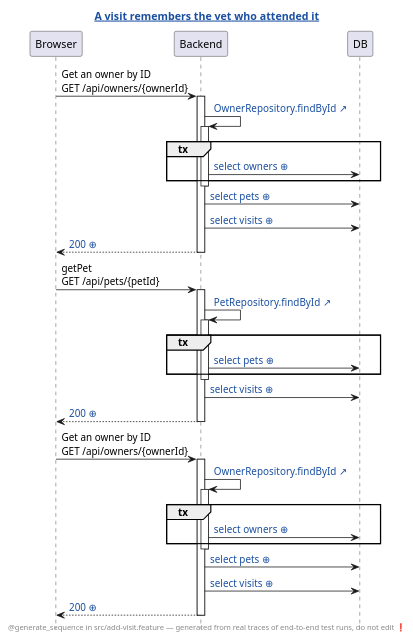
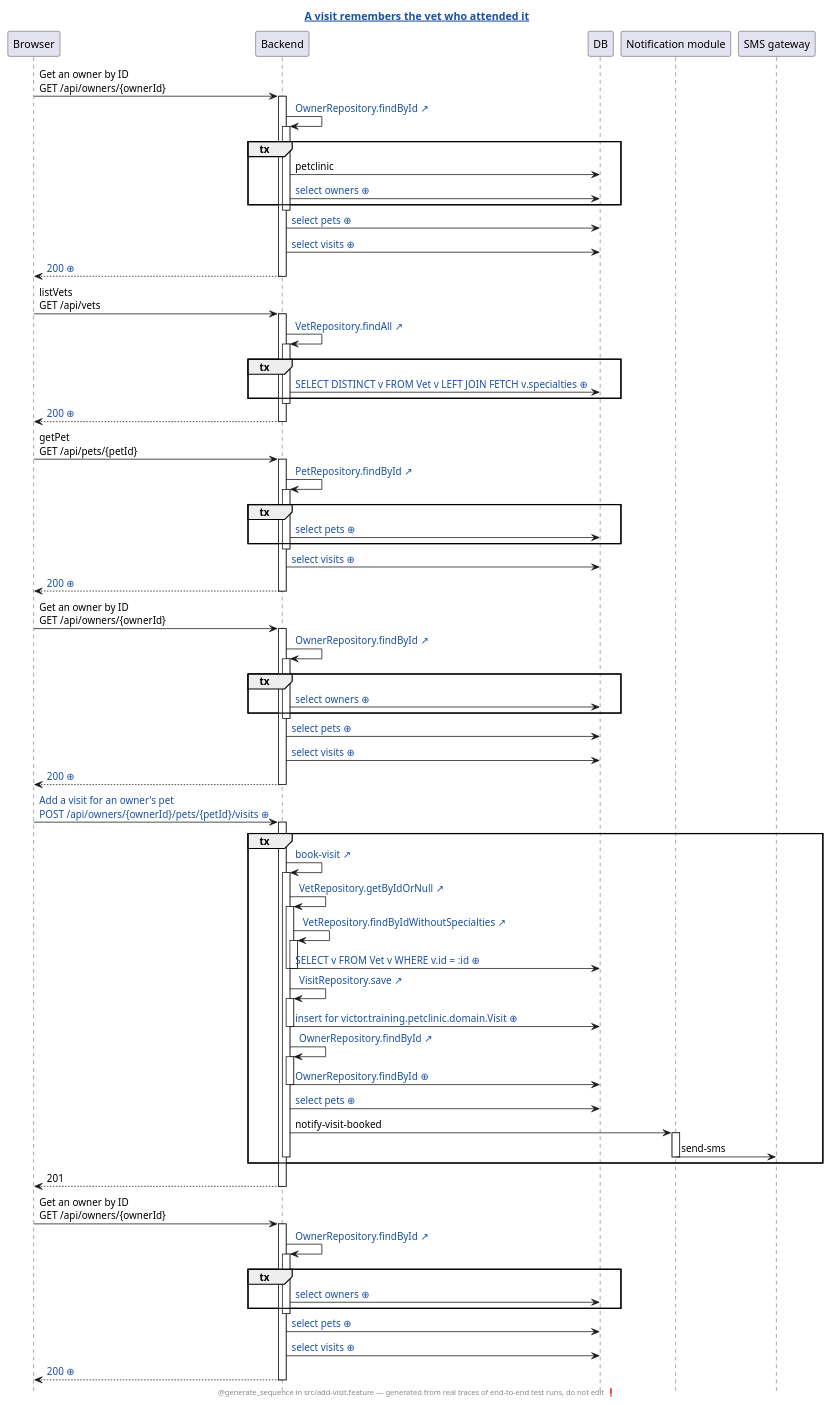
The diagram in petclinic-test/generated/add-visit.feature.a-visit-remembers-the-vet-who-attended-it.genseq.puml (victorrentea/petclinic), drawn with PlantUML before and after one commit. The commit also changed 9 other files, not shown here.

Commit message:
Redraw the book-visit sequences with the Notification module as its own participant

```diff
--- a/petclinic-test/generated/add-visit.feature.a-visit-remembers-the-vet-who-attended-it.genseq.puml
+++ b/petclinic-test/generated/add-visit.feature.a-visit-remembers-the-vet-who-attended-it.genseq.puml
@@ -1,46 +1,100 @@
 @startuml
 ' ⚠️  GENERATED FILE — DO NOT EDIT. Every edit is lost on the next run.
 hide footbox
 skinparam hyperlinkUnderline false
 skinparam hyperlinkColor #1A4FA0
 title [[src://petclinic-test/src/add-visit.feature:16{Click to open the test} A visit remembers the vet who attended it]]
 footer @generate_sequence in src/add-visit.feature — generated from real traces of end-to-end test runs, do not edit ❗
 participant Browser
 participant Backend
 participant DB
+participant "Notification module"
+participant "SMS gateway"
 Browser -> Backend: Get an owner by ID\nGET /api/owners/{ownerId}
 activate Backend
 Backend -> Backend: [[src://petclinic-backend/src/main/java/victor/training/petclinic/repository/OwnerRepository.java:14{Click to open OwnerRepository.findById} OwnerRepository.findById ↗]]
 activate Backend
 group tx
+Backend -> DB: petclinic
 Backend -> DB: [[genseq://0x8aana{Click for the statement behind this call} select owners ⊕]]
 end
 deactivate Backend
 Backend -> DB: [[genseq://18567ho{Click for the statement behind this call} select pets ⊕]]
-Backend -> DB: [[genseq://13apewa{Click for the statement behind this call} select visits ⊕]]
-Backend --> Browser: [[genseq://13cdpck{Click for this call’s JSON body} 200 ⊕]]
+Backend -> DB: [[genseq://1eq1h2q{Click for the statement behind this call} select visits ⊕]]
+Backend --> Browser: [[genseq://1h54rxg{Click for this call’s JSON body} 200 ⊕]]
+deactivate Backend
+Browser -> Backend: listVets\nGET /api/vets
+activate Backend
+Backend -> Backend: [[src://petclinic-backend/src/main/java/victor/training/petclinic/repository/VetRepository.java:13{Click to open VetRepository.findAll} VetRepository.findAll ↗]]
+activate Backend
+group tx
+Backend -> DB: [[genseq://0p6yxbc{Click for the statement behind this call} SELECT DISTINCT v FROM Vet v LEFT JOIN FETCH v.specialties ⊕]]
+end
+deactivate Backend
+Backend --> Browser: [[genseq://1nmg2oo{Click for this call’s JSON body} 200 ⊕]]
 deactivate Backend
 Browser -> Backend: getPet\nGET /api/pets/{petId}
 activate Backend
 Backend -> Backend: [[src://petclinic-backend/src/main/java/victor/training/petclinic/repository/PetRepository.java:16{Click to open PetRepository.findById} PetRepository.findById ↗]]
 activate Backend
 group tx
 Backend -> DB: [[genseq://0y7w2ps{Click for the statement behind this call} select pets ⊕]]
 end
 deactivate Backend
-Backend -> DB: [[genseq://13apewa{Click for the statement behind this call} select visits ⊕]]
-Backend --> Browser: [[genseq://106exvu{Click for this call’s JSON body} 200 ⊕]]
+Backend -> DB: [[genseq://1eq1h2q{Click for the statement behind this call} select visits ⊕]]
+Backend --> Browser: [[genseq://0slwmaa{Click for this call’s JSON body} 200 ⊕]]
 deactivate Backend
 Browser -> Backend: Get an owner by ID\nGET /api/owners/{ownerId}
 activate Backend
 Backend -> Backend: [[src://petclinic-backend/src/main/java/victor/training/petclinic/repository/OwnerRepository.java:14{Click to open OwnerRepository.findById} OwnerRepository.findById ↗]]
 activate Backend
 group tx
 Backend -> DB: [[genseq://0x8aana{Click for the statement behind this call} select owners ⊕]]
 end
 deactivate Backend
 Backend -> DB: [[genseq://18567ho{Click for the statement behind this call} select pets ⊕]]
-Backend -> DB: [[genseq://13apewa{Click for the statement behind this call} select visits ⊕]]
-Backend --> Browser: [[genseq://13cdpck{Click for this call’s JSON body} 200 ⊕]]
+Backend -> DB: [[genseq://1eq1h2q{Click for the statement behind this call} select visits ⊕]]
+Backend --> Browser: [[genseq://1h54rxg{Click for this call’s JSON body} 200 ⊕]]
+deactivate Backend
+Browser -> Backend: [[genseq://1rwlf68{Click for this call’s JSON body} Add a visit for an owner's pet\nPOST /api/owners/{ownerId}/pets/{petId}/visits ⊕]]
+activate Backend
+group tx
+Backend -> Backend: [[src://petclinic-backend/src/main/java/victor/training/petclinic/rest/OwnerRestController.java:198{Click to open OwnerRestController.bookVisit} book-visit ↗]]
+activate Backend
+Backend -> Backend: [[src://petclinic-backend/src/main/java/victor/training/petclinic/repository/VetRepository.java:29{Click to open VetRepository.getByIdOrNull} VetRepository.getByIdOrNull ↗]]
+activate Backend
+Backend -> Backend: [[src://petclinic-backend/src/main/java/victor/training/petclinic/repository/VetRepository.java:20{Click to open VetRepository.findByIdWithoutSpecialties} VetRepository.findByIdWithoutSpecialties ↗]]
+activate Backend
+Backend -> DB: [[genseq://13xrn4k{Click for the statement behind this call} SELECT v FROM Vet v WHERE v.id = :id ⊕]]
+deactivate Backend
+deactivate Backend
+Backend -> Backend: [[src://petclinic-backend/src/main/java/victor/training/petclinic/repository/VisitRepository.java:14{Click to open VisitRepository.save} VisitRepository.save ↗]]
+activate Backend
+Backend -> DB: [[genseq://1cwjkwl{Click for the statement behind this call} insert for victor.training.petclinic.domain.Visit ⊕]]
+deactivate Backend
+Backend -> Backend: [[src://petclinic-backend/src/main/java/victor/training/petclinic/repository/OwnerRepository.java:14{Click to open OwnerRepository.findById} OwnerRepository.findById ↗]]
+activate Backend
+Backend -> DB: [[genseq://1y42tra{Click for the statement behind this call} OwnerRepository.findById ⊕]]
+deactivate Backend
+Backend -> DB: [[genseq://18567ho{Click for the statement behind this call} select pets ⊕]]
+Backend -> "Notification module": notify-visit-booked
+activate "Notification module"
+"Notification module" -> "SMS gateway": send-sms
+deactivate "Notification module"
+deactivate Backend
+end
+Backend --> Browser: 201
+deactivate Backend
+Browser -> Backend: Get an owner by ID\nGET /api/owners/{ownerId}
+activate Backend
+Backend -> Backend: [[src://petclinic-backend/src/main/java/victor/training/petclinic/repository/OwnerRepository.java:14{Click to open OwnerRepository.findById} OwnerRepository.findById ↗]]
+activate Backend
+group tx
+Backend -> DB: [[genseq://0x8aana{Click for the statement behind this call} select owners ⊕]]
+end
+deactivate Backend
+Backend -> DB: [[genseq://18567ho{Click for the statement behind this call} select pets ⊕]]
+Backend -> DB: [[genseq://1eq1h2q{Click for the statement behind this call} select visits ⊕]]
+Backend --> Browser: [[genseq://115iyie{Click for this call’s JSON body} 200 ⊕]]
 deactivate Backend
 @enduml
```
